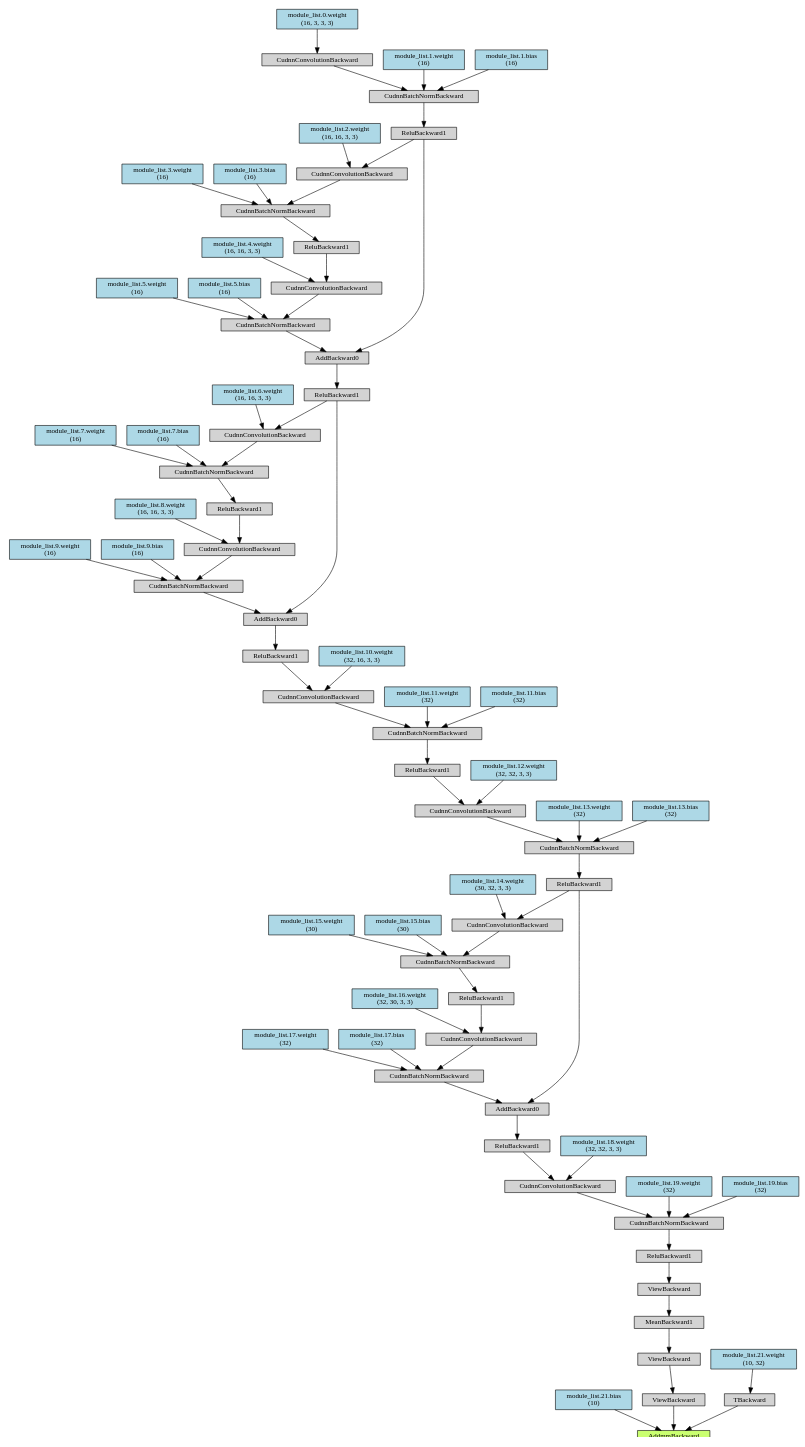
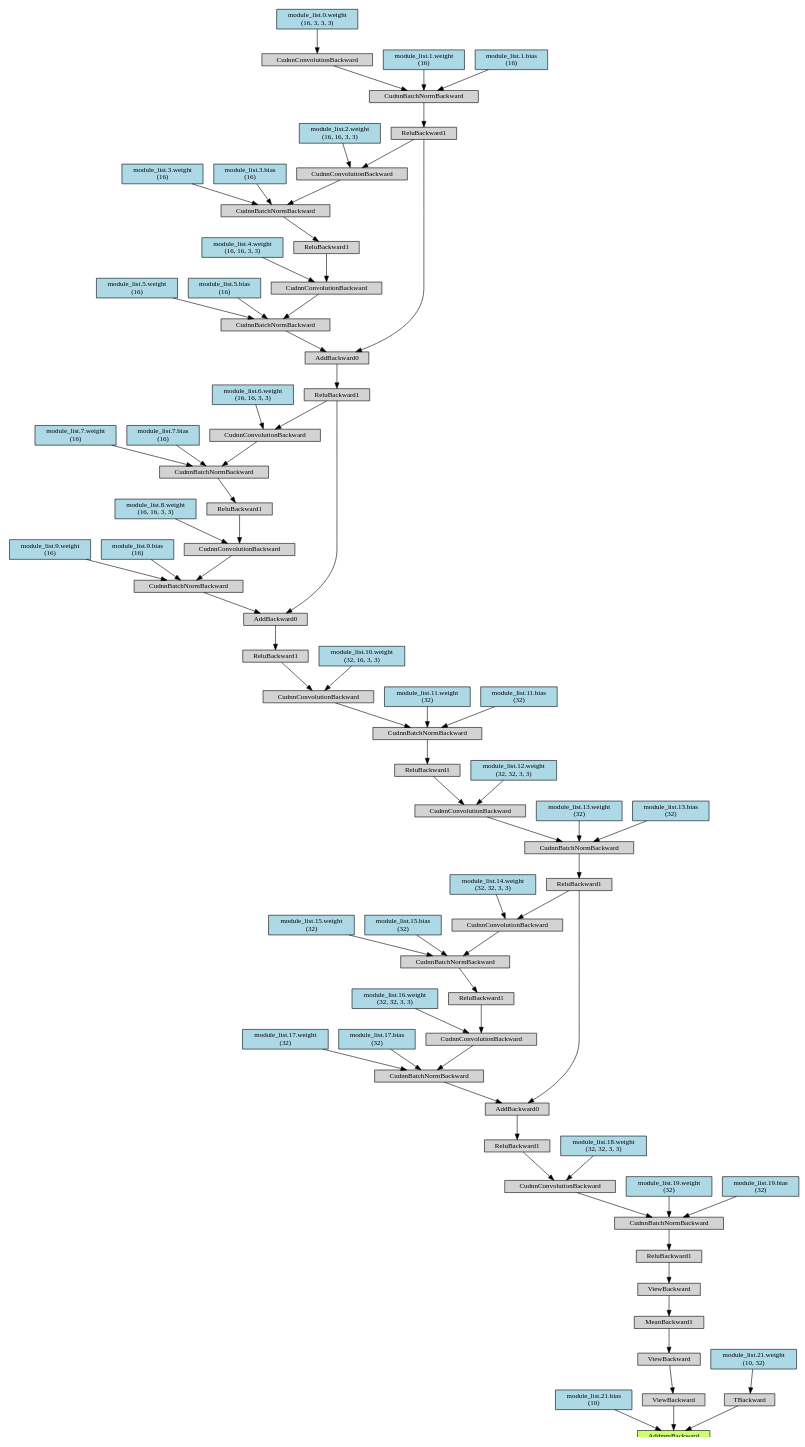
Before and after one commit to j3ssi/MA_Source: the diagram in PruneTrain5_0.dot, drawn with Graphviz. The commit also changed 130 other files, not shown here.

```diff
--- a/PruneTrain5_0.dot
+++ b/PruneTrain5_0.dot
@@ -1,180 +1,180 @@
 digraph {
 	graph [size="21.599999999999998,21.599999999999998"]
 	node [align=left fontsize=12 height=0.2 ranksep=0.1 shape=box style=filled]
-	140077340022600 [label=AddmmBackward fillcolor=darkolivegreen1]
-	140077340023440 -> 140077340022600
-	140077340023440 [label="module_list.21.bias
+	140473348110600 [label=AddmmBackward fillcolor=darkolivegreen1]
+	140473515909416 -> 140473348110600
+	140473515909416 [label="module_list.21.bias
  (10)" fillcolor=lightblue]
-	140077341035712 -> 140077340022600
-	140077341035712 [label=ViewBackward]
-	140077339588144 -> 140077341035712
-	140077339588144 [label=ViewBackward]
-	140077339588312 -> 140077339588144
-	140077339588312 [label=MeanBackward1]
-	140077340039936 -> 140077339588312
-	140077340039936 [label=ViewBackward]
-	140077339623040 -> 140077340039936
-	140077339623040 [label=ReluBackward1]
-	140077339621976 -> 140077339623040
-	140077339621976 [label=CudnnBatchNormBackward]
-	140076669825320 -> 140077339621976
-	140076669825320 [label=CudnnConvolutionBackward]
-	140076669825544 -> 140076669825320
-	140076669825544 [label=ReluBackward1]
-	140076669825712 -> 140076669825544
-	140076669825712 [label=AddBackward0]
-	140076669825880 -> 140076669825712
-	140076669825880 [label=ReluBackward1]
-	140076669826048 -> 140076669825880
-	140076669826048 [label=CudnnBatchNormBackward]
-	140076669826216 -> 140076669826048
-	140076669826216 [label=CudnnConvolutionBackward]
-	140076669826440 -> 140076669826216
-	140076669826440 [label=ReluBackward1]
-	140076669826608 -> 140076669826440
-	140076669826608 [label=CudnnBatchNormBackward]
-	140076669826776 -> 140076669826608
-	140076669826776 [label=CudnnConvolutionBackward]
-	140076669827000 -> 140076669826776
-	140076669827000 [label=ReluBackward1]
-	140076669827168 -> 140076669827000
-	140076669827168 [label=AddBackward0]
-	140076669827336 -> 140076669827168
-	140076669827336 [label=ReluBackward1]
-	140076669827504 -> 140076669827336
-	140076669827504 [label=AddBackward0]
-	140076669827672 -> 140076669827504
-	140076669827672 [label=ReluBackward1]
-	140076669827840 -> 140076669827672
-	140076669827840 [label=CudnnBatchNormBackward]
-	140076669828008 -> 140076669827840
-	140076669828008 [label=CudnnConvolutionBackward]
-	140076669828232 -> 140076669828008
-	140076669828232 [label="module_list.0.weight
+	140473393941024 -> 140473348110600
+	140473393941024 [label=ViewBackward]
+	140473393941248 -> 140473393941024
+	140473393941248 [label=ViewBackward]
+	140473393939120 -> 140473393941248
+	140473393939120 [label=MeanBackward1]
+	140473393939736 -> 140473393939120
+	140473393939736 [label=ViewBackward]
+	140473393938840 -> 140473393939736
+	140473393938840 [label=ReluBackward1]
+	140473393940688 -> 140473393938840
+	140473393940688 [label=CudnnBatchNormBackward]
+	140473393938504 -> 140473393940688
+	140473393938504 [label=CudnnConvolutionBackward]
+	140473393940352 -> 140473393938504
+	140473393940352 [label=ReluBackward1]
+	140473393938560 -> 140473393940352
+	140473393938560 [label=AddBackward0]
+	140471798009984 -> 140473393938560
+	140471798009984 [label=ReluBackward1]
+	140471798010152 -> 140471798009984
+	140471798010152 [label=CudnnBatchNormBackward]
+	140471798010320 -> 140471798010152
+	140471798010320 [label=CudnnConvolutionBackward]
+	140471798010544 -> 140471798010320
+	140471798010544 [label=ReluBackward1]
+	140471798010712 -> 140471798010544
+	140471798010712 [label=CudnnBatchNormBackward]
+	140471798010880 -> 140471798010712
+	140471798010880 [label=CudnnConvolutionBackward]
+	140471798011104 -> 140471798010880
+	140471798011104 [label=ReluBackward1]
+	140471798011272 -> 140471798011104
+	140471798011272 [label=AddBackward0]
+	140471798011440 -> 140471798011272
+	140471798011440 [label=ReluBackward1]
+	140471798011608 -> 140471798011440
+	140471798011608 [label=AddBackward0]
+	140471798011776 -> 140471798011608
+	140471798011776 [label=ReluBackward1]
+	140471798011944 -> 140471798011776
+	140471798011944 [label=CudnnBatchNormBackward]
+	140471798012112 -> 140471798011944
+	140471798012112 [label=CudnnConvolutionBackward]
+	140471798012336 -> 140471798012112
+	140471798012336 [label="module_list.0.weight
  (16, 3, 3, 3)" fillcolor=lightblue]
-	140076669828064 -> 140076669827840
-	140076669828064 [label="module_list.1.weight
+	140471798012168 -> 140471798011944
+	140471798012168 [label="module_list.1.weight
  (16)" fillcolor=lightblue]
-	140076669828120 -> 140076669827840
-	140076669828120 [label="module_list.1.bias
+	140471798012224 -> 140471798011944
+	140471798012224 [label="module_list.1.bias
  (16)" fillcolor=lightblue]
-	140076669827728 -> 140076669827504
-	140076669827728 [label=CudnnBatchNormBackward]
-	140076669827896 -> 140076669827728
-	140076669827896 [label=CudnnConvolutionBackward]
-	140076669828344 -> 140076669827896
-	140076669828344 [label=ReluBackward1]
-	140076669828568 -> 140076669828344
-	140076669828568 [label=CudnnBatchNormBackward]
-	140076669828680 -> 140076669828568
-	140076669828680 [label=CudnnConvolutionBackward]
-	140076669827672 -> 140076669828680
-	140076669828904 -> 140076669828680
-	140076669828904 [label="module_list.2.weight
+	140471798011832 -> 140471798011608
+	140471798011832 [label=CudnnBatchNormBackward]
+	140471798012000 -> 140471798011832
+	140471798012000 [label=CudnnConvolutionBackward]
+	140471798012448 -> 140471798012000
+	140471798012448 [label=ReluBackward1]
+	140471798012672 -> 140471798012448
+	140471798012672 [label=CudnnBatchNormBackward]
+	140471798012784 -> 140471798012672
+	140471798012784 [label=CudnnConvolutionBackward]
+	140471798011776 -> 140471798012784
+	140471798013008 -> 140471798012784
+	140471798013008 [label="module_list.2.weight
  (16, 16, 3, 3)" fillcolor=lightblue]
-	140076669828736 -> 140076669828568
-	140076669828736 [label="module_list.3.weight
+	140471798012840 -> 140471798012672
+	140471798012840 [label="module_list.3.weight
  (16)" fillcolor=lightblue]
-	140076669828792 -> 140076669828568
-	140076669828792 [label="module_list.3.bias
+	140471798012896 -> 140471798012672
+	140471798012896 [label="module_list.3.bias
  (16)" fillcolor=lightblue]
-	140076669828456 -> 140076669827896
-	140076669828456 [label="module_list.4.weight
+	140471798012560 -> 140471798012000
+	140471798012560 [label="module_list.4.weight
  (16, 16, 3, 3)" fillcolor=lightblue]
-	140076669828176 -> 140076669827728
-	140076669828176 [label="module_list.5.weight
+	140471798012280 -> 140471798011832
+	140471798012280 [label="module_list.5.weight
  (16)" fillcolor=lightblue]
-	140076669828288 -> 140076669827728
-	140076669828288 [label="module_list.5.bias
+	140471798012392 -> 140471798011832
+	140471798012392 [label="module_list.5.bias
  (16)" fillcolor=lightblue]
-	140076669827392 -> 140076669827168
-	140076669827392 [label=CudnnBatchNormBackward]
-	140076669827560 -> 140076669827392
-	140076669827560 [label=CudnnConvolutionBackward]
-	140076669828848 -> 140076669827560
-	140076669828848 [label=ReluBackward1]
-	140076669829072 -> 140076669828848
-	140076669829072 [label=CudnnBatchNormBackward]
-	140077228122184 -> 140076669829072
-	140077228122184 [label=CudnnConvolutionBackward]
-	140076669827336 -> 140077228122184
-	140077228122408 -> 140077228122184
-	140077228122408 [label="module_list.6.weight
+	140471798011496 -> 140471798011272
+	140471798011496 [label=CudnnBatchNormBackward]
+	140471798011664 -> 140471798011496
+	140471798011664 [label=CudnnConvolutionBackward]
+	140471798012952 -> 140471798011664
+	140471798012952 [label=ReluBackward1]
+	140471798013176 -> 140471798012952
+	140471798013176 [label=CudnnBatchNormBackward]
+	140471798013120 -> 140471798013176
+	140471798013120 [label=CudnnConvolutionBackward]
+	140471798011440 -> 140471798013120
+	140471798013456 -> 140471798013120
+	140471798013456 [label="module_list.6.weight
  (16, 16, 3, 3)" fillcolor=lightblue]
-	140077228122240 -> 140076669829072
-	140077228122240 [label="module_list.7.weight
+	140471798013288 -> 140471798013176
+	140471798013288 [label="module_list.7.weight
  (16)" fillcolor=lightblue]
-	140077228122296 -> 140076669829072
-	140077228122296 [label="module_list.7.bias
+	140471798013344 -> 140471798013176
+	140471798013344 [label="module_list.7.bias
  (16)" fillcolor=lightblue]
-	140076669828960 -> 140076669827560
-	140076669828960 [label="module_list.8.weight
+	140471798013064 -> 140471798011664
+	140471798013064 [label="module_list.8.weight
  (16, 16, 3, 3)" fillcolor=lightblue]
-	140076669827784 -> 140076669827392
-	140076669827784 [label="module_list.9.weight
+	140471798011888 -> 140471798011496
+	140471798011888 [label="module_list.9.weight
  (16)" fillcolor=lightblue]
-	140076669828400 -> 140076669827392
-	140076669828400 [label="module_list.9.bias
+	140471798012504 -> 140471798011496
+	140471798012504 [label="module_list.9.bias
  (16)" fillcolor=lightblue]
-	140076669827056 -> 140076669826776
-	140076669827056 [label="module_list.10.weight
+	140471798011160 -> 140471798010880
+	140471798011160 [label="module_list.10.weight
  (32, 16, 3, 3)" fillcolor=lightblue]
-	140076669826832 -> 140076669826608
-	140076669826832 [label="module_list.11.weight
+	140471798010936 -> 140471798010712
+	140471798010936 [label="module_list.11.weight
  (32)" fillcolor=lightblue]
-	140076669826888 -> 140076669826608
-	140076669826888 [label="module_list.11.bias
+	140471798010992 -> 140471798010712
+	140471798010992 [label="module_list.11.bias
  (32)" fillcolor=lightblue]
-	140076669826496 -> 140076669826216
-	140076669826496 [label="module_list.12.weight
+	140471798010600 -> 140471798010320
+	140471798010600 [label="module_list.12.weight
  (32, 32, 3, 3)" fillcolor=lightblue]
-	140076669826272 -> 140076669826048
-	140076669826272 [label="module_list.13.weight
+	140471798010376 -> 140471798010152
+	140471798010376 [label="module_list.13.weight
  (32)" fillcolor=lightblue]
-	140076669826328 -> 140076669826048
-	140076669826328 [label="module_list.13.bias
+	140471798010432 -> 140471798010152
+	140471798010432 [label="module_list.13.bias
  (32)" fillcolor=lightblue]
-	140076669825936 -> 140076669825712
-	140076669825936 [label=CudnnBatchNormBackward]
-	140076669826104 -> 140076669825936
-	140076669826104 [label=CudnnConvolutionBackward]
-	140076669827112 -> 140076669826104
-	140076669827112 [label=ReluBackward1]
-	140076669828512 -> 140076669827112
-	140076669828512 [label=CudnnBatchNormBackward]
-	140076669828624 -> 140076669828512
-	140076669828624 [label=CudnnConvolutionBackward]
-	140076669825880 -> 140076669828624
-	140077228122576 -> 140076669828624
-	140077228122576 [label="module_list.14.weight
- (30, 32, 3, 3)" fillcolor=lightblue]
-	140076669829016 -> 140076669828512
-	140076669829016 [label="module_list.15.weight
- (30)" fillcolor=lightblue]
-	140077228122352 -> 140076669828512
-	140077228122352 [label="module_list.15.bias
- (30)" fillcolor=lightblue]
-	140076669826664 -> 140076669826104
-	140076669826664 [label="module_list.16.weight
- (32, 30, 3, 3)" fillcolor=lightblue]
-	140076669826384 -> 140076669825936
-	140076669826384 [label="module_list.17.weight
+	140471798010040 -> 140473393938560
+	140471798010040 [label=CudnnBatchNormBackward]
+	140471798010208 -> 140471798010040
+	140471798010208 [label=CudnnConvolutionBackward]
+	140471798011216 -> 140471798010208
+	140471798011216 [label=ReluBackward1]
+	140471798012616 -> 140471798011216
+	140471798012616 [label=CudnnBatchNormBackward]
+	140471798012728 -> 140471798012616
+	140471798012728 [label=CudnnConvolutionBackward]
+	140471798009984 -> 140471798012728
+	140471798013624 -> 140471798012728
+	140471798013624 [label="module_list.14.weight
+ (32, 32, 3, 3)" fillcolor=lightblue]
+	140471798013400 -> 140471798012616
+	140471798013400 [label="module_list.15.weight
  (32)" fillcolor=lightblue]
-	140076669826552 -> 140076669825936
-	140076669826552 [label="module_list.17.bias
+	140471798013512 -> 140471798012616
+	140471798013512 [label="module_list.15.bias
  (32)" fillcolor=lightblue]
-	140076669825600 -> 140076669825320
-	140076669825600 [label="module_list.18.weight
+	140471798010768 -> 140471798010208
+	140471798010768 [label="module_list.16.weight
  (32, 32, 3, 3)" fillcolor=lightblue]
-	140076669825376 -> 140077339621976
-	140076669825376 [label="module_list.19.weight
+	140471798010488 -> 140471798010040
+	140471798010488 [label="module_list.17.weight
  (32)" fillcolor=lightblue]
-	140076669825432 -> 140077339621976
-	140076669825432 [label="module_list.19.bias
+	140471798010656 -> 140471798010040
+	140471798010656 [label="module_list.17.bias
  (32)" fillcolor=lightblue]
-	140077341734616 -> 140077340022600
-	140077341734616 [label=TBackward]
-	140077339589768 -> 140077341734616
-	140077339589768 [label="module_list.21.weight
+	140473393941080 -> 140473393938504
+	140473393941080 [label="module_list.18.weight
+ (32, 32, 3, 3)" fillcolor=lightblue]
+	140473393939176 -> 140473393940688
+	140473393939176 [label="module_list.19.weight
+ (32)" fillcolor=lightblue]
+	140473393939064 -> 140473393940688
+	140473393939064 [label="module_list.19.bias
+ (32)" fillcolor=lightblue]
+	140473393939456 -> 140473348110600
+	140473393939456 [label=TBackward]
+	140473393938952 -> 140473393939456
+	140473393938952 [label="module_list.21.weight
  (10, 32)" fillcolor=lightblue]
 }
```
